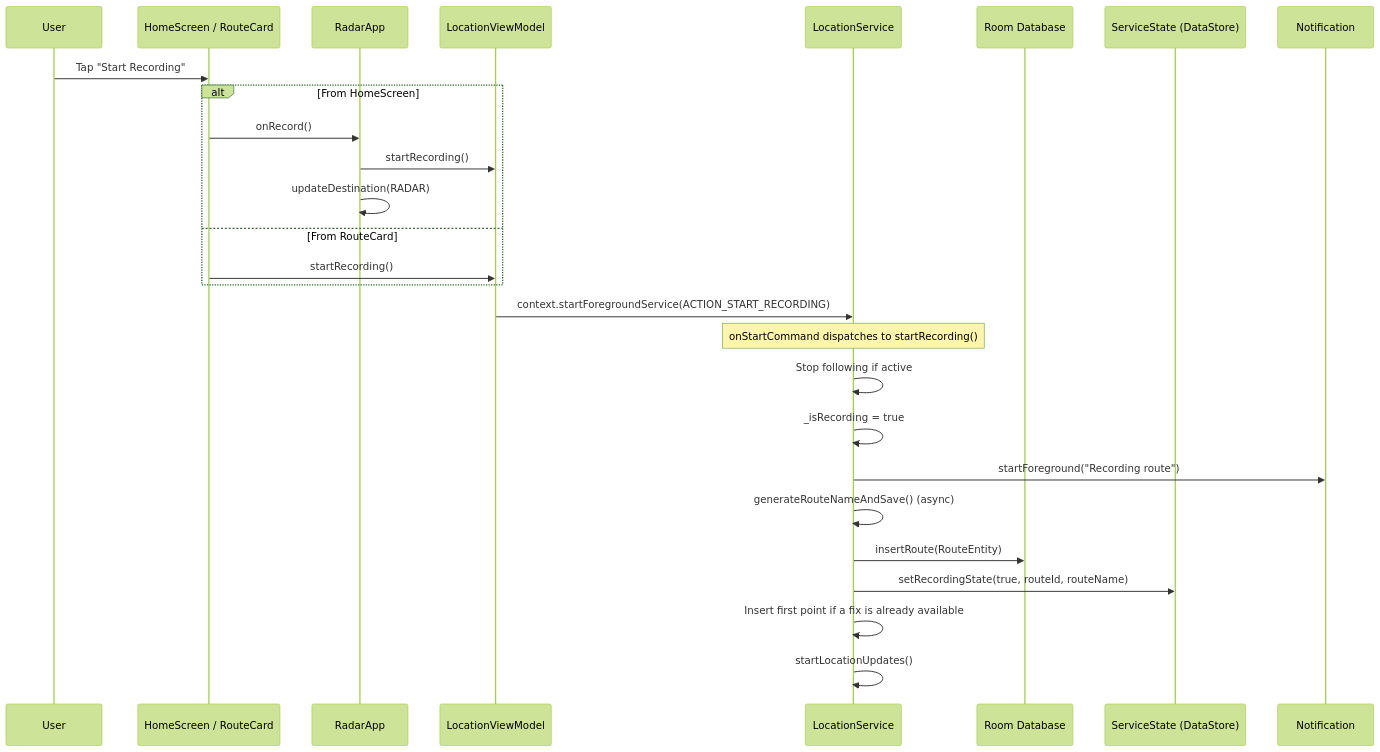
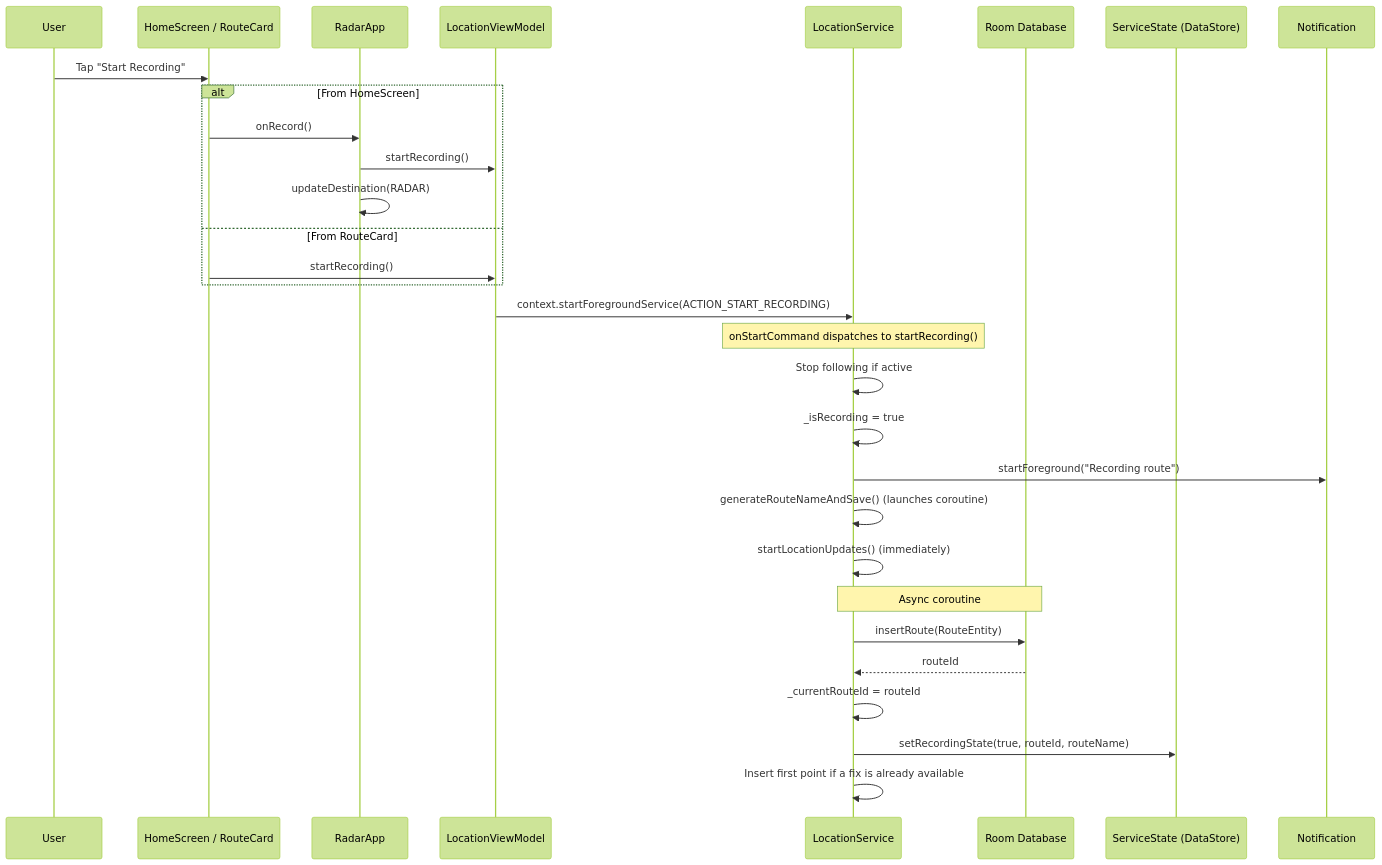
One commit to ameraldo/Radar changed the third of 7 diagrams in docs/architecture/data-flow.md. Above: the diagram before and after it, drawn with Mermaid (forest theme). The commit also changed other lines of this file and 30 other files, not shown here.

````diff
--- a/docs/architecture/data-flow.md
+++ b/docs/architecture/data-flow.md
@@ -80,30 +81,33 @@
 ```mermaid
 sequenceDiagram
     participant User
     participant UI as HomeScreen / RouteCard
     participant App as RadarApp
     participant VM as LocationViewModel
     participant Service as LocationService
     participant Room as Room Database
     participant State as ServiceState (DataStore)
     participant Notif as Notification
 
     User->>UI: Tap "Start Recording"
     alt From HomeScreen
         UI->>App: onRecord()
         App->>VM: startRecording()
         App->>App: updateDestination(RADAR)
     else From RouteCard
         UI->>VM: startRecording()
     end
     VM->>Service: context.startForegroundService(ACTION_START_RECORDING)
     Note over Service: onStartCommand dispatches to startRecording()
     Service->>Service: Stop following if active
     Service->>Service: _isRecording = true
     Service->>Notif: startForeground("Recording route")
-    Service->>Service: generateRouteNameAndSave() (async)
+    Service->>Service: generateRouteNameAndSave() (launches coroutine)
+    Service->>Service: startLocationUpdates() (immediately)
+    Note over Service,Room: Async coroutine
     Service->>Room: insertRoute(RouteEntity)
+    Room-->>Service: routeId
+    Service->>Service: _currentRouteId = routeId
     Service->>State: setRecordingState(true, routeId, routeName)
     Service->>Service: Insert first point if a fix is already available
-    Service->>Service: startLocationUpdates()
 ```
````
